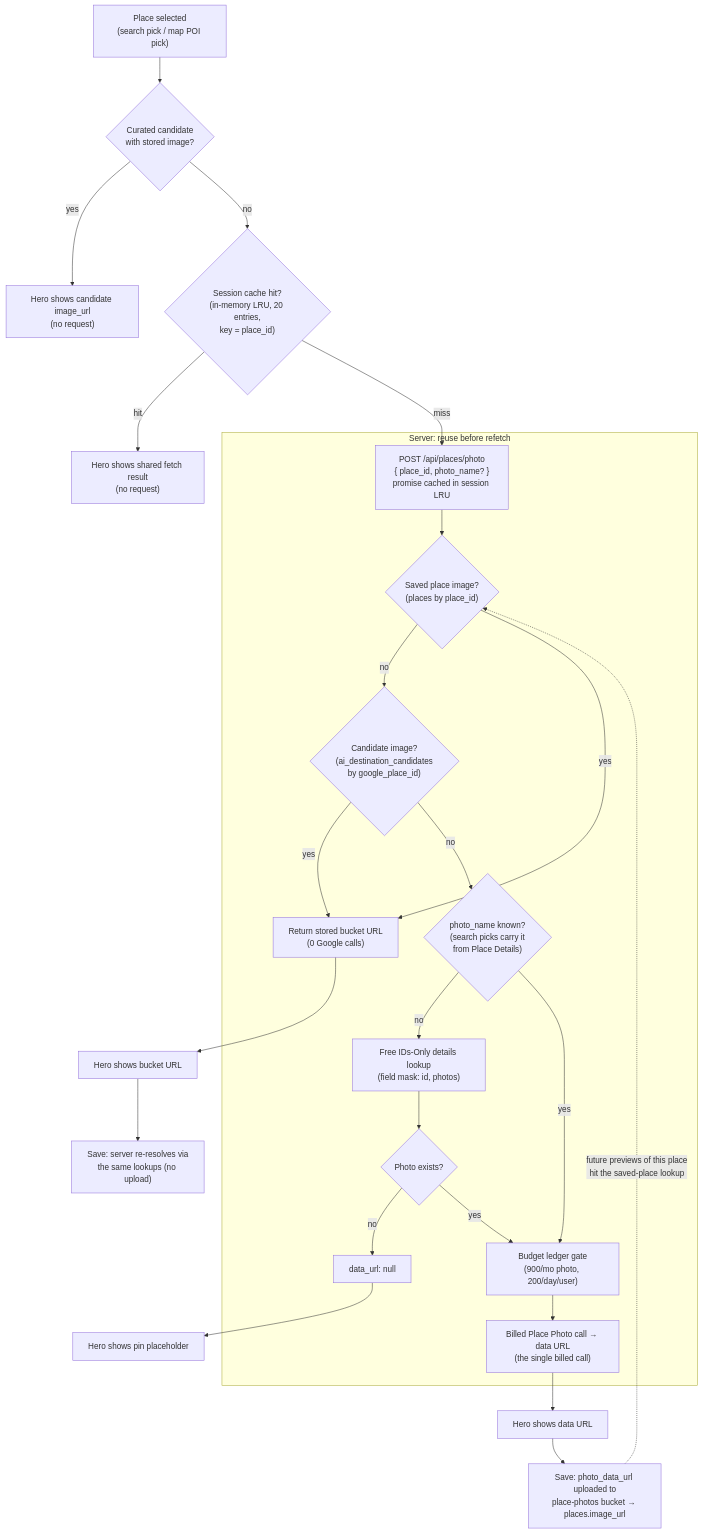
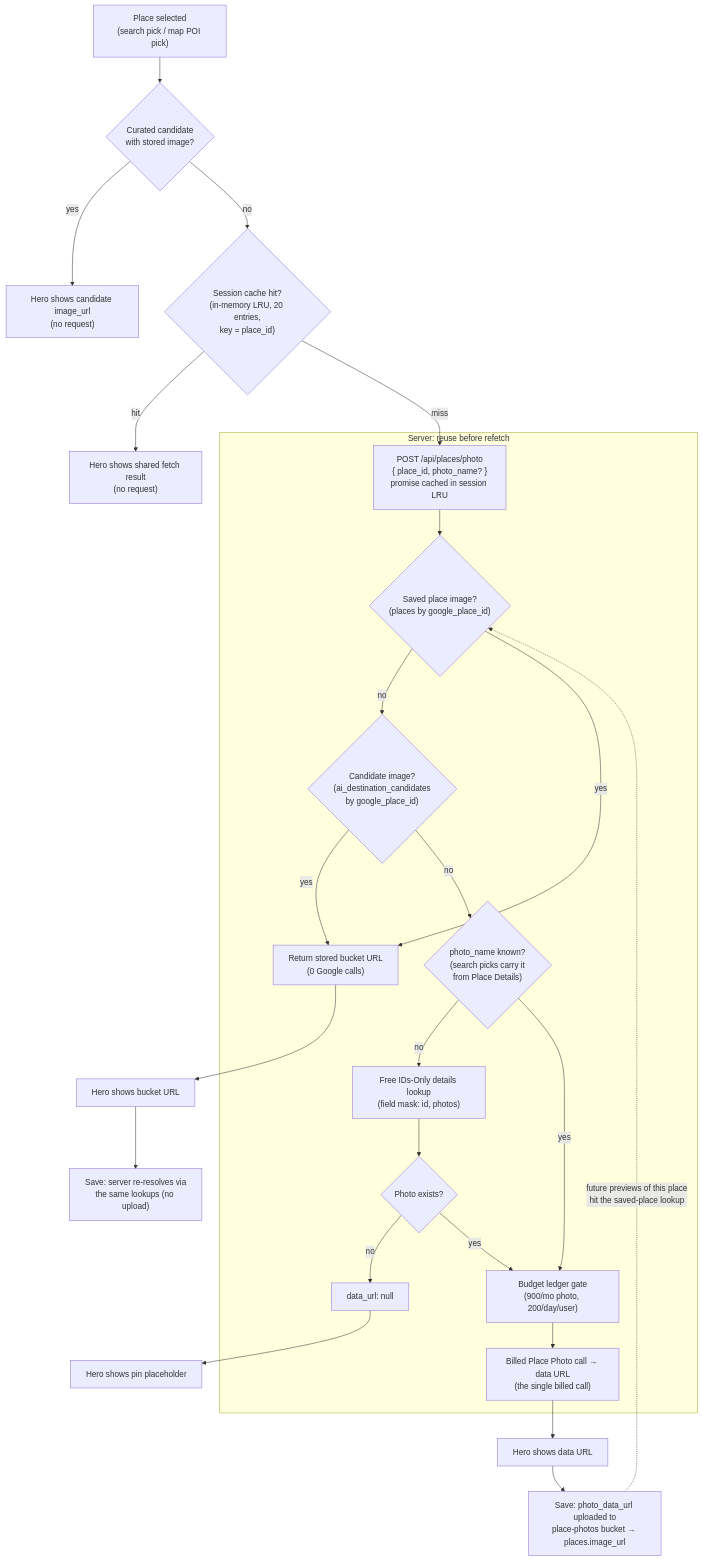
Before and after one commit to lylaminju/trip-planner: the diagram in docs/strategy/place-photo-add-place-modal.md, drawn with Mermaid. The commit also changed 26 other files, not shown here.

First line of the commit message:
refactor: rename places.place_id column to google_place_id

````diff
--- a/docs/strategy/place-photo-add-place-modal.md
+++ b/docs/strategy/place-photo-add-place-modal.md
@@ -60,29 +60,29 @@
 ```mermaid
 flowchart TD
     A["Place selected<br/>(search pick / map POI pick)"] --> B{"Curated candidate<br/>with stored image?"}
     B -- yes --> C["Hero shows candidate image_url<br/>(no request)"]
     B -- no --> D{"Session cache hit?<br/>(in-memory LRU, 20 entries,<br/>key = place_id)"}
     D -- hit --> E["Hero shows shared fetch result<br/>(no request)"]
     D -- miss --> F["POST /api/places/photo<br/>{ place_id, photo_name? }<br/>promise cached in session LRU"]
 
     subgraph SERVER["Server: reuse before refetch"]
-        F --> G{"Saved place image?<br/>(places by place_id)"}
+        F --> G{"Saved place image?<br/>(places by google_place_id)"}
         G -- no --> H{"Candidate image?<br/>(ai_destination_candidates<br/>by google_place_id)"}
         G -- yes --> I["Return stored bucket URL<br/>(0 Google calls)"]
         H -- yes --> I
         H -- no --> J{"photo_name known?<br/>(search picks carry it<br/>from Place Details)"}
         J -- no --> K["Free IDs-Only details lookup<br/>(field mask: id, photos)"]
         K --> L{"Photo exists?"}
         L -- no --> M["data_url: null"]
         J -- yes --> N["Budget ledger gate<br/>(900/mo photo, 200/day/user)"]
         L -- yes --> N
         N --> O["Billed Place Photo call → data URL<br/>(the single billed call)"]
     end
 
     I --> P["Hero shows bucket URL"]
     O --> Q["Hero shows data URL"]
     M --> R["Hero shows pin placeholder"]
     Q --> S["Save: photo_data_url uploaded to<br/>place-photos bucket → places.image_url"]
     P --> T["Save: server re-resolves via<br/>the same lookups (no upload)"]
     S -. "future previews of this place<br/>hit the saved-place lookup" .-> G
 ```
````
